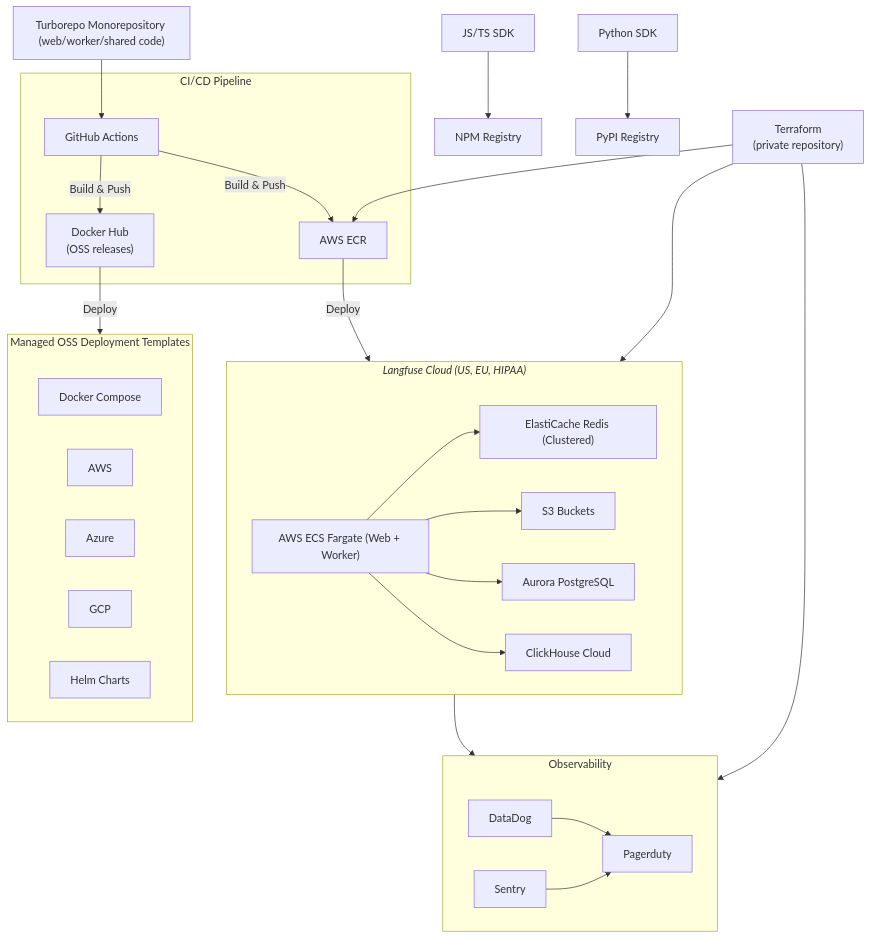
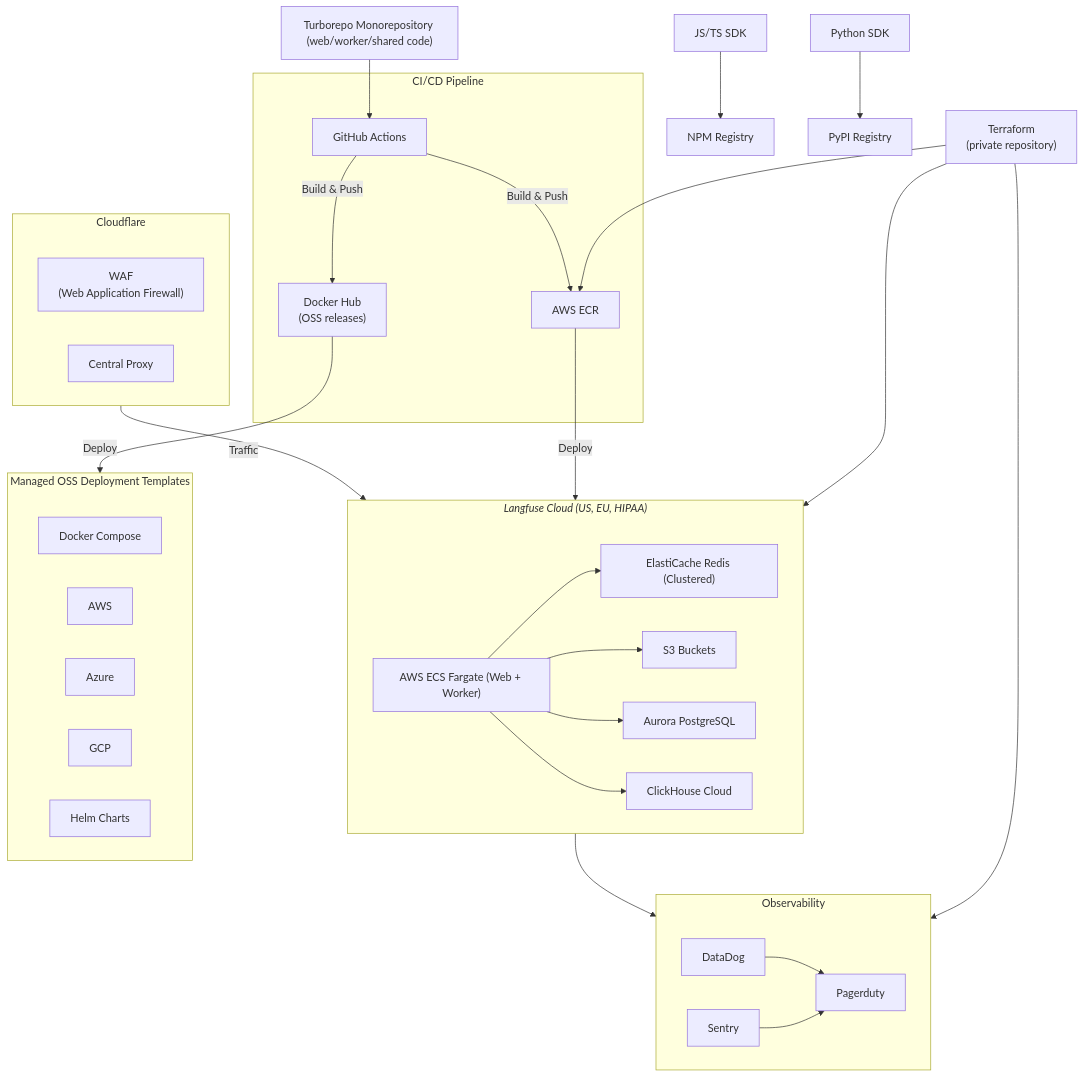
The third of 3 diagrams in pages/handbook/product-engineering/architecture.mdx (langfuse/langfuse-docs), drawn with Mermaid before and after one commit. The commit also changed other lines of this file, not shown here.

Commit message:
Set up Cloudflare proxy for Langfuse handbook (#2330)
* Add Cloudflare WAF to production infrastructure diagram

* Apply suggestion from @marcklingen

---------

````diff
--- a/pages/handbook/product-engineering/architecture.mdx
+++ b/pages/handbook/product-engineering/architecture.mdx
@@ -56,69 +56,77 @@
 ```mermaid
 ---
 config:
   flowchart:
     subGraphTitleMargin:
       bottom: 30
 ---
 graph TB
 
 
     MR["Turborepo Monorepository (web/worker/shared code)"]
     Python["Python SDK"]
     JS["JS/TS SDK"]
 
     NPM["NPM Registry"]
     PYPI["PyPI Registry"]
 
 
     JS --> NPM
     Python --> PYPI
 
 
     GHA["GitHub Actions"]
 
     MR --> GHA
 
     TF["Terraform <br/>(private repository)"]
     TF --> ECR
     TF --> VPN
     TF --> Observability
 
 
     subgraph CD["CI/CD Pipeline"]
         GHA -->|Build & Push| ECR[AWS ECR]
         GHA -->|Build & Push| DockerHub["Docker Hub<br/>(OSS releases)"]
     end
     ECR -->|Deploy| VPN
+    
+    subgraph CF["Cloudflare"]
+        WAF["WAF<br/>(Web Application Firewall)"]
+        Proxy["Central Proxy"]
+    end
+    
+    CF -->|Traffic| VPN
+    
     subgraph VPN["<span style='display:block; width:100%; text-align:left; white-space: nowrap;'><i>Langfuse Cloud (US, EU, HIPAA)</i></span>"]
         ECS["AWS ECS Fargate (Web + Worker)"]
         ECS --> ElastiCache["ElastiCache Redis (Clustered)"]
         ECS --> S3[S3 Buckets]
         ECS --> Aurora[Aurora PostgreSQL]
         ECS --> CH[ClickHouse Cloud]
     end
 
     subgraph OSS["Managed OSS Deployment Templates"]
         direction LR
         DockerCompose["Docker Compose"]
         AWSCustomer["AWS"]
         AzureCustomer["Azure"]
         GCPCustomer["GCP"]
         HelmCharts["Helm Charts"]
     end
 
     DockerHub -->|Deploy| OSS
 
 
 
     subgraph "Observability"
         DataDog
         Sentry
         Pagerduty
 
         DataDog --> Pagerduty
         Sentry --> Pagerduty
     end
 
     VPN --> Observability
 ```
````
